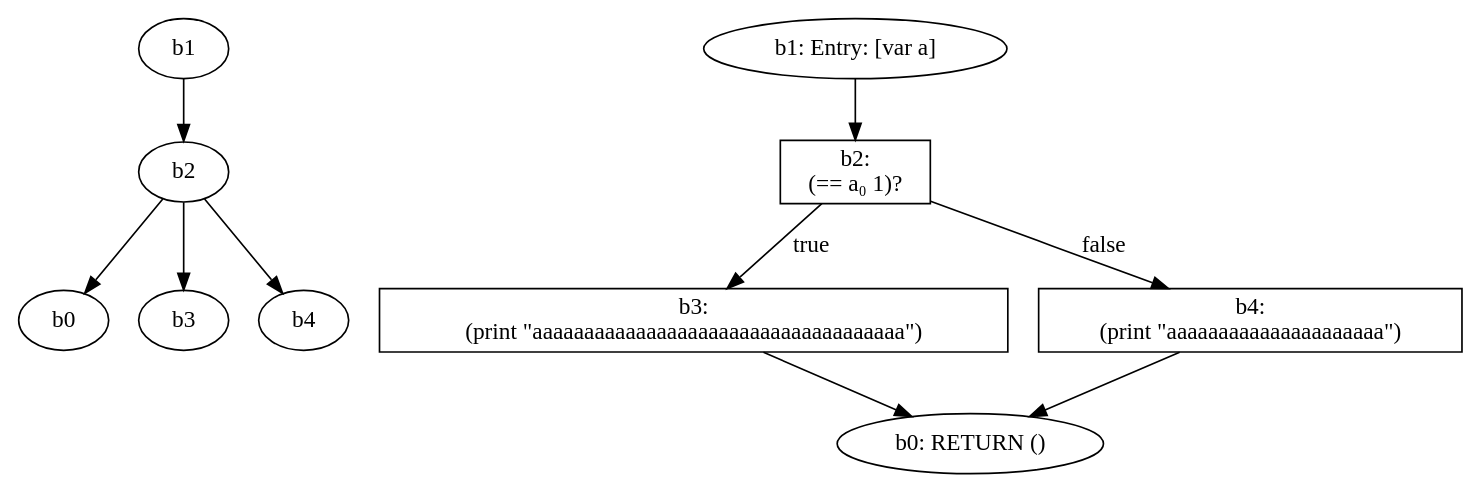
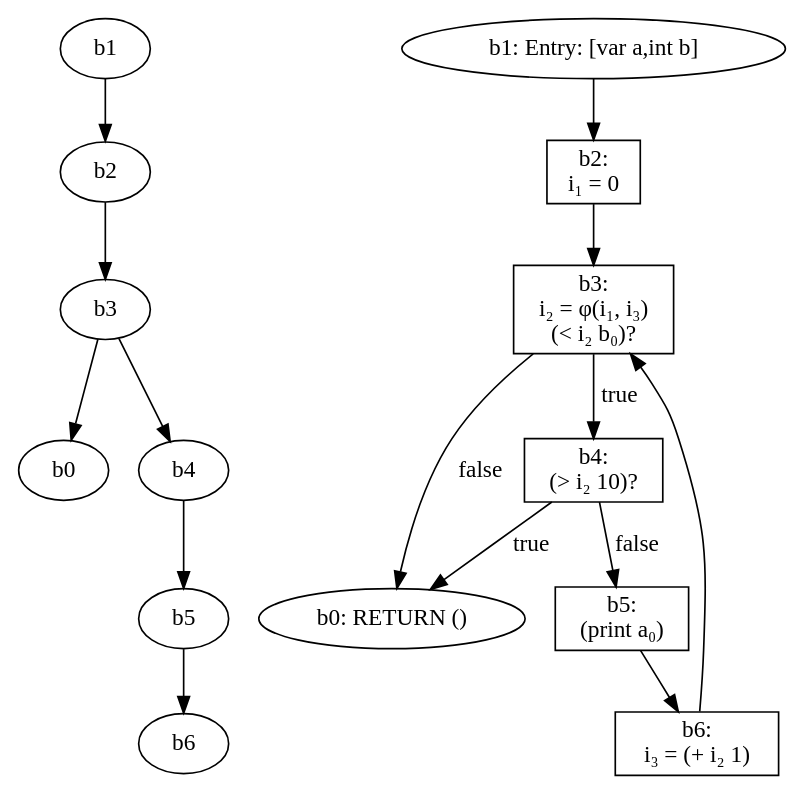
The diagram in out.dot (leorigon/TE-Infer-SSA), drawn with Graphviz before and after one commit. The commit also changed 1 other file, not shown here.

```diff
--- a/out.dot
+++ b/out.dot
@@ -1,21 +1,30 @@
 digraph g {
   d0 [label=b0];
-  d2 -> d0;
+  d3 -> d0;
   b0 [label="b0: RETURN ()"];
   d1 [label=b1];
-  b1 [label="b1: Entry: [var a]"];
+  b1 [label="b1: Entry: [var a,int b]"];
   b1 -> b2;
   d2 [label=b2];
   d1 -> d2;
-  b2 [shape=box, label="b2:\n(== a₀ 1)?"];
-  b2 -> b3 [label=true];
-  b2 -> b4 [label=false];
+  b3 [shape=box, label="b3:\ni₂ = φ(i₁, i₃)\n(< i₂ b₀)?"];
+  b3 -> b4 [label=true];
+  b3 -> b0 [label=false];
   d3 [label=b3];
   d2 -> d3;
-  b3 [shape=box, label="b3:\n(print \"aaaaaaaaaaaaaaaaaaaaaaaaaaaaaaaaaaaa\")"];
-  b3 -> b0;
+  b2 [shape=box, label="b2:\ni₁ = 0"];
+  b2 -> b3;
   d4 [label=b4];
-  d2 -> d4;
-  b4 [shape=box, label="b4:\n(print \"aaaaaaaaaaaaaaaaaaaaa\")"];
-  b4 -> b0;
+  d3 -> d4;
+  b4 [shape=box, label="b4:\n(> i₂ 10)?"];
+  b4 -> b0 [label=true];
+  b4 -> b5 [label=false];
+  d5 [label=b5];
+  d4 -> d5;
+  b5 [shape=box, label="b5:\n(print a₀)"];
+  b5 -> b6;
+  d6 [label=b6];
+  d5 -> d6;
+  b6 [shape=box, label="b6:\ni₃ = (+ i₂ 1)"];
+  b6 -> b3;
 }
```
